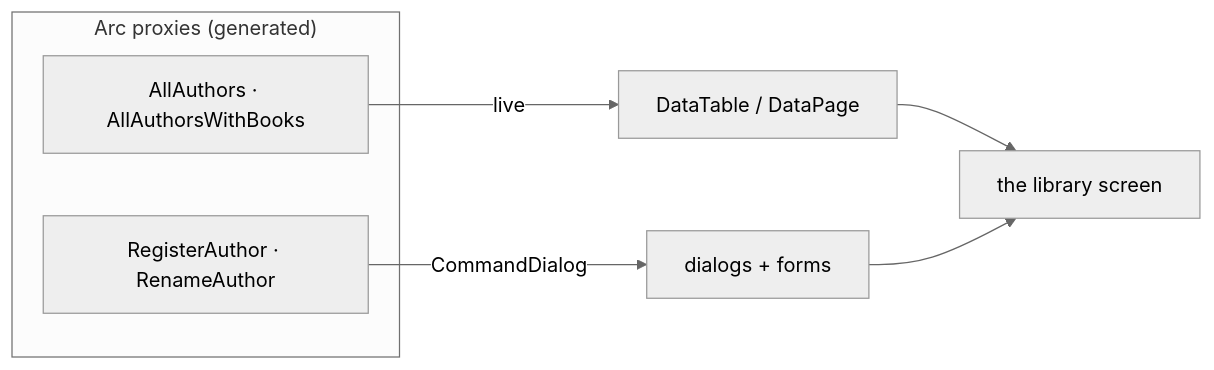
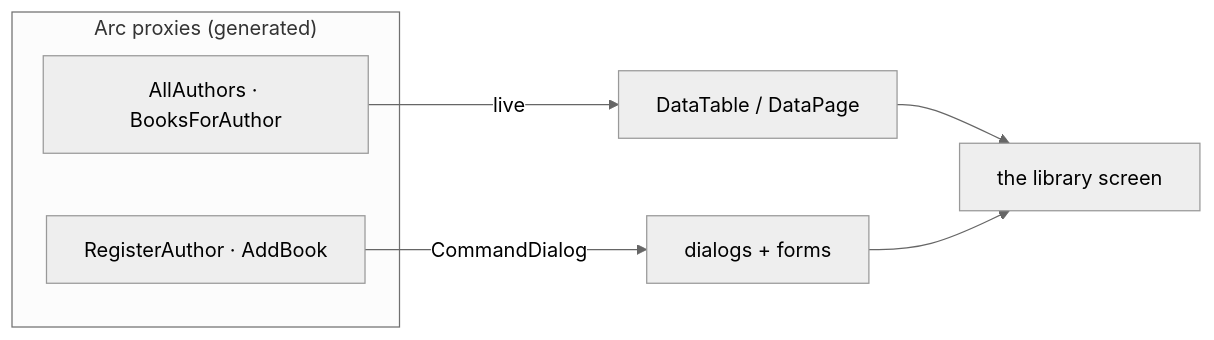
One commit to Cratis/Components changed the diagram in Documentation/tutorial/index.md. Above: the diagram before and after it, drawn with Mermaid (neutral theme). The commit also changed other lines of this file and 14 other files, not shown here.

````diff
--- a/Documentation/tutorial/index.md
+++ b/Documentation/tutorial/index.md
@@ -24,11 +12,11 @@
 ```mermaid
 flowchart LR
     subgraph Backend["Arc proxies (generated)"]
-        Q["AllAuthors · AllAuthorsWithBooks"]
-        C["RegisterAuthor · RenameAuthor"]
+        Q["AllAuthors · BooksForAuthor"]
+        C["RegisterAuthor · AddBook"]
     end
     Q -->|live| T["DataTable / DataPage"]
     C -->|CommandDialog| D["dialogs + forms"]
     T --> S["the library screen"]
     D --> S
 ```
````
